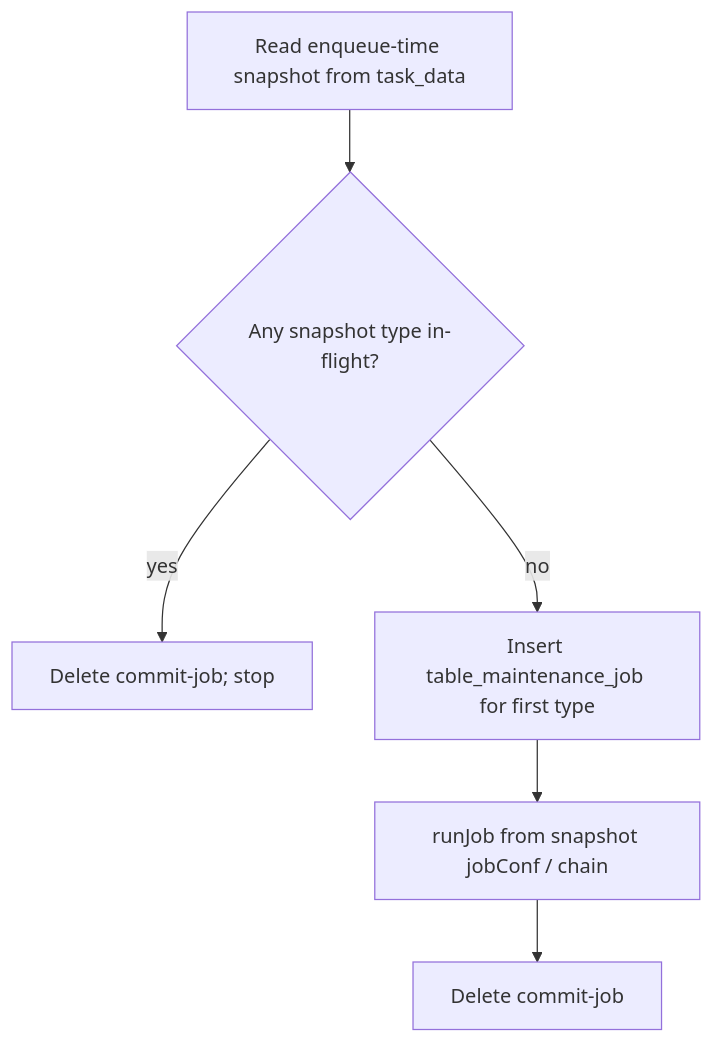
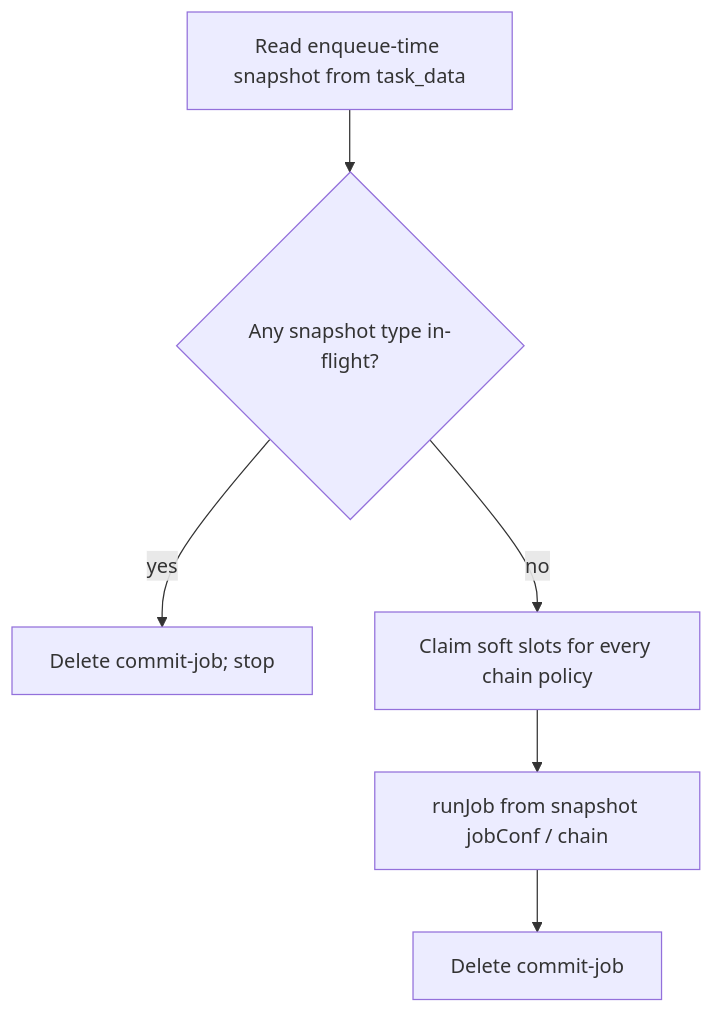
One commit to lasdf1234/gravitino changed the fourth of 6 diagrams in design-docs/table-maintenance-service-design.md. Above: the diagram before and after it, drawn with Mermaid. The commit also changed other lines of this file and 1 other file, not shown here.

First line of the commit message:
[#14020] docs(tms): Align commit-job template name and soft-slot claim

````diff
--- a/design-docs/table-maintenance-service-design.md
+++ b/design-docs/table-maintenance-service-design.md
@@ -423,8 +423,8 @@
 ```mermaid
 flowchart TD
   A[Read enqueue-time snapshot from task_data] --> B{Any snapshot type in-flight?}
   B -->|yes| Z[Delete commit-job; stop]
-  B -->|no| C[Insert table_maintenance_job for first type]
+  B -->|no| C[Claim soft slots for every chain policy]
   C --> D[runJob from snapshot jobConf / chain]
   D --> E[Delete commit-job]
 ```
````
